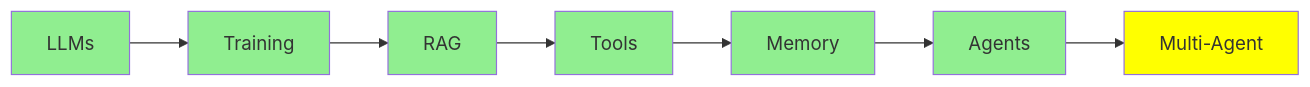
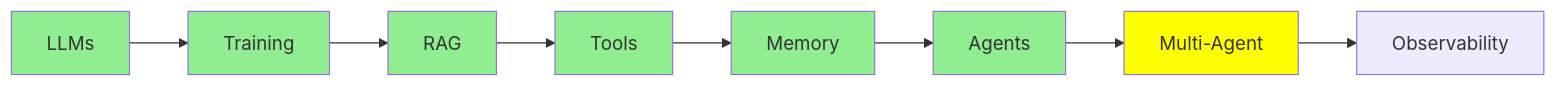
The second of 2 diagrams in mini-courses/1_fundamentals/multi_agent.md (lokumai/ai-engineering-bazaar), drawn with Mermaid before and after one commit. The commit also changed 99 other files, not shown here.

````diff
--- a/mini-courses/1_fundamentals/multi_agent.md
+++ b/mini-courses/1_fundamentals/multi_agent.md
@@ -146,16 +146,17 @@
 ```mermaid
 graph LR
     A[LLMs] --> B[Training]
     B --> C[RAG]
     C --> D[Tools]
     D --> E[Memory]
     E --> F[Agents]
     F --> G[Multi-Agent]
+    G --> H[Observability]
     style A fill:#90EE90
     style B fill:#90EE90
     style C fill:#90EE90
     style D fill:#90EE90
     style E fill:#90EE90
     style F fill:#90EE90
     style G fill:#FFFF00
 ```
````
